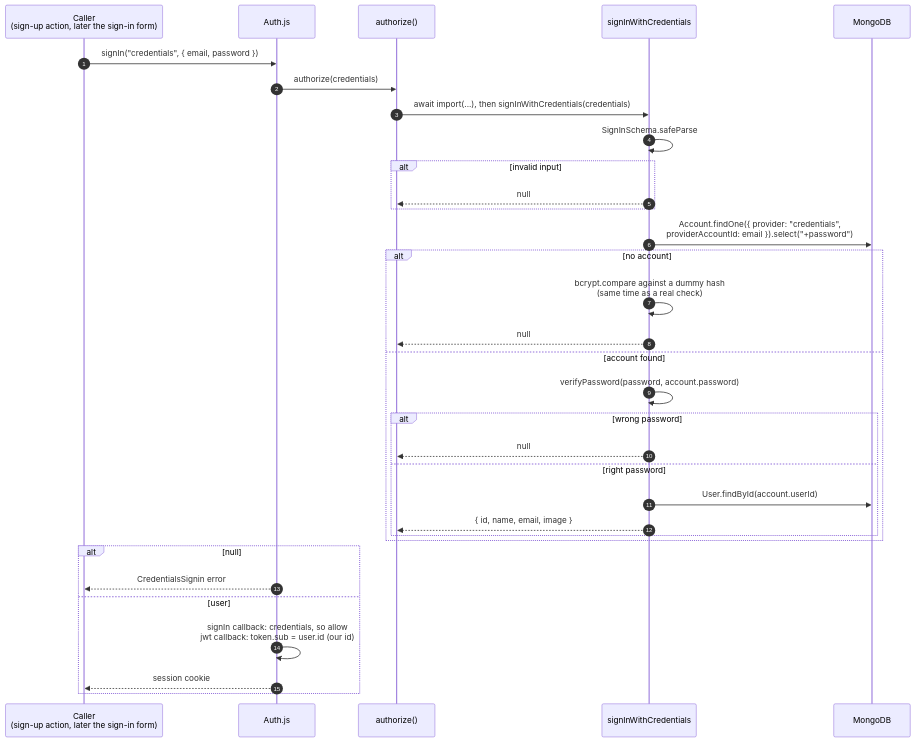
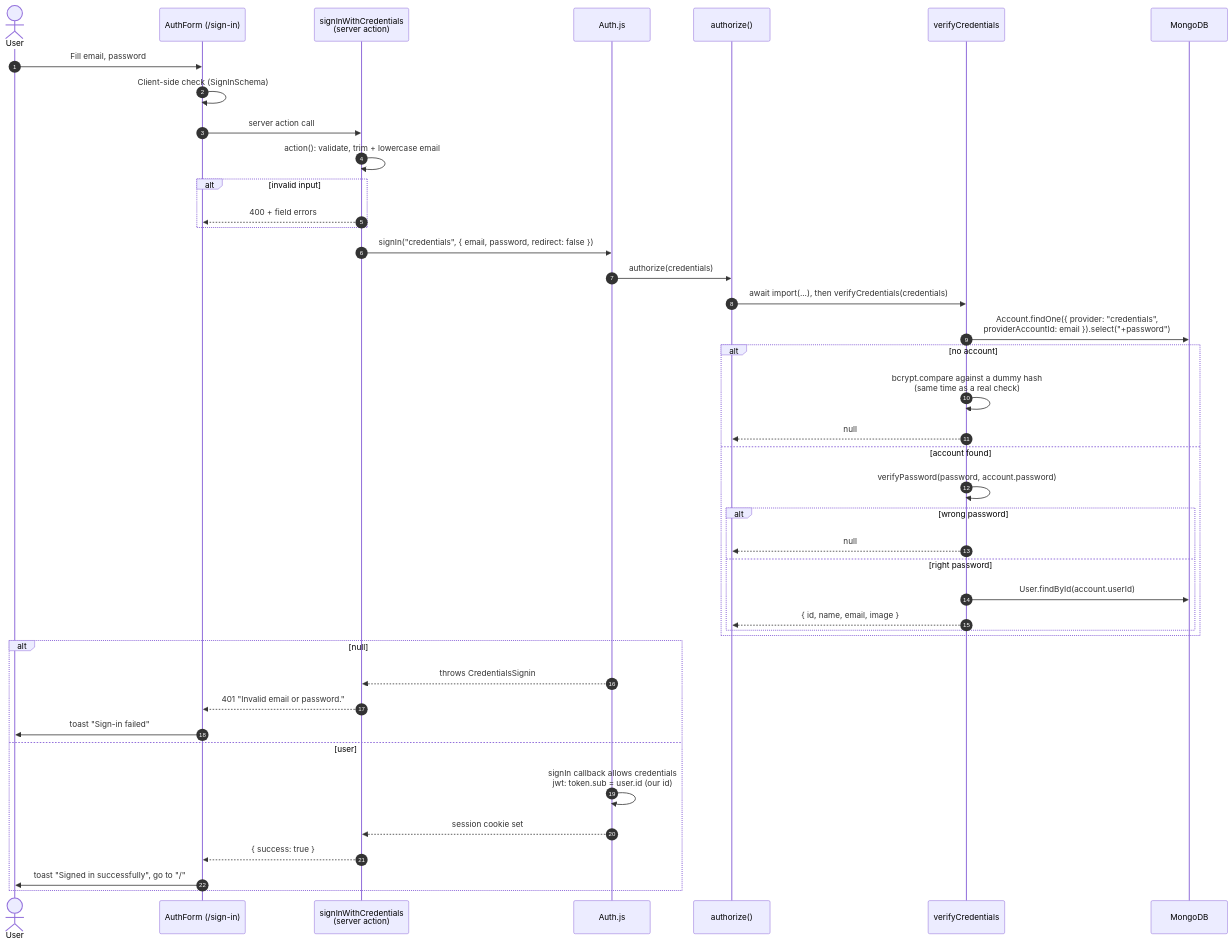
The seventh of 8 diagrams in docs/AUTH.md (firihy/dev-over-flow), drawn with Mermaid before and after one commit. The commit also changed other lines of this file, not shown here.

Commit message:
docs: update auth doc for credentials sign-in

````diff
--- a/docs/AUTH.md
+++ b/docs/AUTH.md
@@ -287,36 +289,45 @@
 ```mermaid
 sequenceDiagram
   autonumber
-  participant C as Caller<br/>(sign-up action, later the sign-in form)
+  actor U as User
+  participant F as AuthForm (/sign-in)
+  participant SA as signInWithCredentials<br/>(server action)
   participant NA as Auth.js
   participant AZ as authorize()
-  participant S as signInWithCredentials
+  participant V as verifyCredentials
   participant DB as MongoDB
 
-  C->>NA: signIn("credentials", { email, password })
+  U->>F: Fill email, password
+  F->>F: Client-side check (SignInSchema)
+  F->>SA: server action call
+  SA->>SA: action(): validate, trim + lowercase email
+  alt invalid input
+    SA-->>F: 400 + field errors
+  end
+  SA->>NA: signIn("credentials", { email, password, redirect: false })
   NA->>AZ: authorize(credentials)
-  AZ->>S: await import(...), then signInWithCredentials(credentials)
-  S->>S: SignInSchema.safeParse
-  alt invalid input
-    S-->>AZ: null
-  end
-  S->>DB: Account.findOne({ provider: "credentials",<br/>providerAccountId: email }).select("+password")
+  AZ->>V: await import(...), then verifyCredentials(credentials)
+  V->>DB: Account.findOne({ provider: "credentials",<br/>providerAccountId: email }).select("+password")
   alt no account
-    S->>S: bcrypt.compare against a dummy hash<br/>(same time as a real check)
-    S-->>AZ: null
+    V->>V: bcrypt.compare against a dummy hash<br/>(same time as a real check)
+    V-->>AZ: null
   else account found
-    S->>S: verifyPassword(password, account.password)
+    V->>V: verifyPassword(password, account.password)
     alt wrong password
-      S-->>AZ: null
+      V-->>AZ: null
     else right password
-      S->>DB: User.findById(account.userId)
-      S-->>AZ: { id, name, email, image }
+      V->>DB: User.findById(account.userId)
+      V-->>AZ: { id, name, email, image }
     end
   end
   alt null
-    NA-->>C: CredentialsSignin error
+    NA-->>SA: throws CredentialsSignin
+    SA-->>F: 401 "Invalid email or password."
+    F->>U: toast "Sign-in failed"
   else user
-    NA->>NA: signIn callback: credentials, so allow<br/>jwt callback: token.sub = user.id (our id)
-    NA-->>C: session cookie
+    NA->>NA: signIn callback allows credentials<br/>jwt: token.sub = user.id (our id)
+    NA-->>SA: session cookie set
+    SA-->>F: { success: true }
+    F->>U: toast "Signed in successfully", go to "/"
   end
 ```
````
